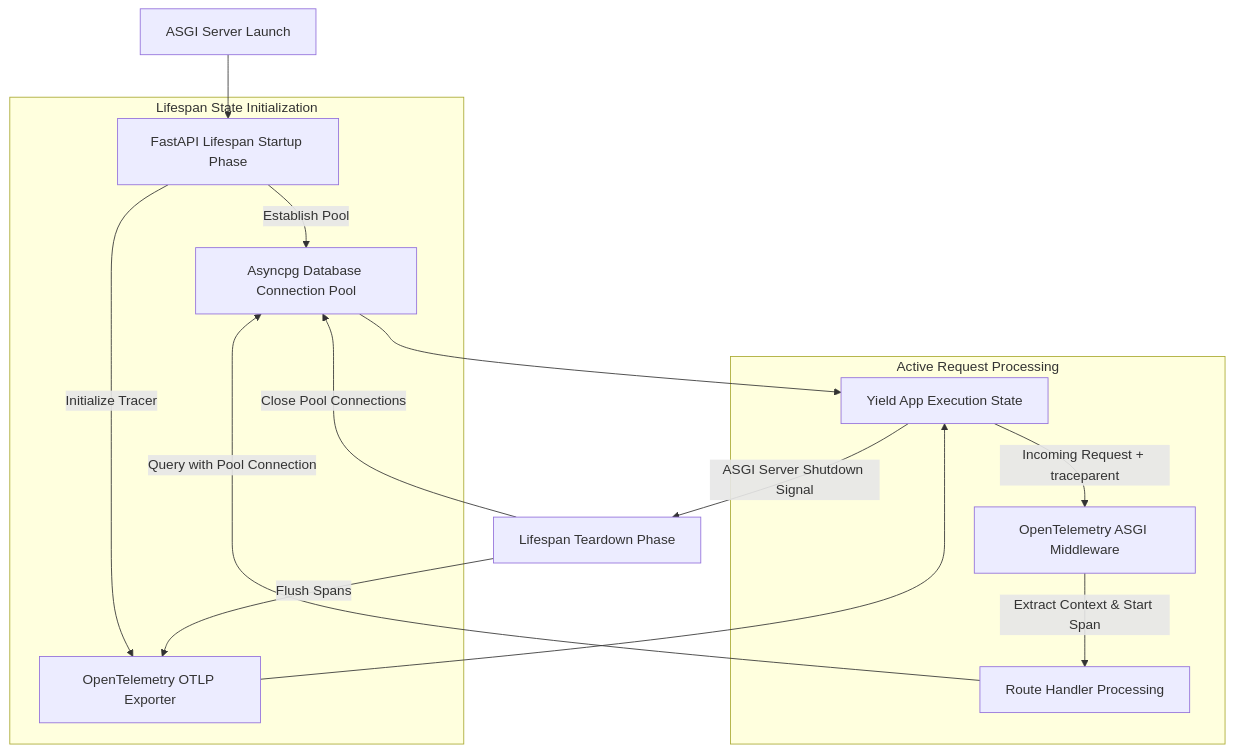
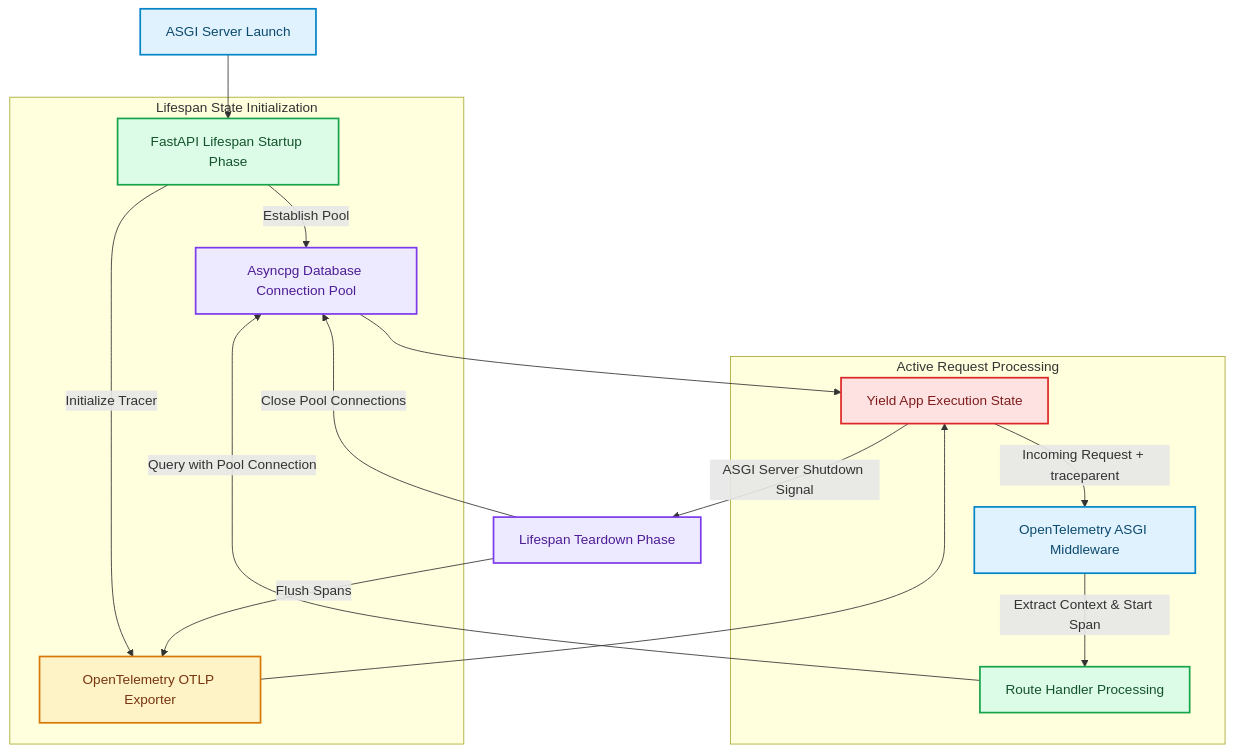
One commit to akmalkhaniub/akmalkhaniub.github.io changed the diagram in blog/posts/fastapi-distributed-observability-opentelemetry-lifespan-handlers.md. Above: the diagram before and after it, drawn with Mermaid. The commit also changed other lines of this file and 1291 other files, not shown here.

First line of the commit message:
feat(catalog): unique covers, scholarly references, and diagram palettes

````diff
--- a/blog/posts/fastapi-distributed-observability-opentelemetry-lifespan-handlers.md
+++ b/blog/posts/fastapi-distributed-observability-opentelemetry-lifespan-handlers.md
@@ -17,22 +17,33 @@
 ```mermaid
 flowchart TD
-  A[ASGI Server Launch] --> B[FastAPI Lifespan Startup Phase]
+  A["ASGI Server Launch"] --> B["FastAPI Lifespan Startup Phase"]
   
   subgraph SG1_LifespanStateInitialization ["Lifespan State Initialization"]
-    B -->|Establish Pool| C[Asyncpg Database Connection Pool]
-    B -->|Initialize Tracer| D[OpenTelemetry OTLP Exporter]
+    B -->|Establish Pool| C["Asyncpg Database Connection Pool"]
+    B -->|Initialize Tracer| D["OpenTelemetry OTLP Exporter"]
   end
   
-  C --> E[Yield App Execution State]
+  C --> E["Yield App Execution State"]
   D --> E
   
   subgraph SG2_ActiveRequestProcessing ["Active Request Processing"]
-    E -->|Incoming Request + traceparent| F[OpenTelemetry ASGI Middleware]
-    F -->|Extract Context & Start Span| G[Route Handler Processing]
+    E -->|Incoming Request + traceparent| F["OpenTelemetry ASGI Middleware"]
+    F -->|Extract Context & Start Span| G["Route Handler Processing"]
     G -->|Query with Pool Connection| C
   end
   
-  E -->|ASGI Server Shutdown Signal| H[Lifespan Teardown Phase]
+  E -->|ASGI Server Shutdown Signal| H["Lifespan Teardown Phase"]
   H -->|Close Pool Connections| C
   H -->|Flush Spans| D
+
+classDef green fill:#dcfce7,stroke:#16a34a,stroke-width:2px,color:#14532d;
+classDef red fill:#fee2e2,stroke:#dc2626,stroke-width:2px,color:#7f1d1d;
+classDef blue fill:#e0f2fe,stroke:#0284c7,stroke-width:2px,color:#0c4a6e;
+classDef yellow fill:#fef3c7,stroke:#d97706,stroke-width:2px,color:#78350f;
+classDef purple fill:#ede9fe,stroke:#7c3aed,stroke-width:2px,color:#4c1d95;
+class A,F blue
+class B,G green
+class C,H purple
+class D yellow
+class E red
 ```
````
